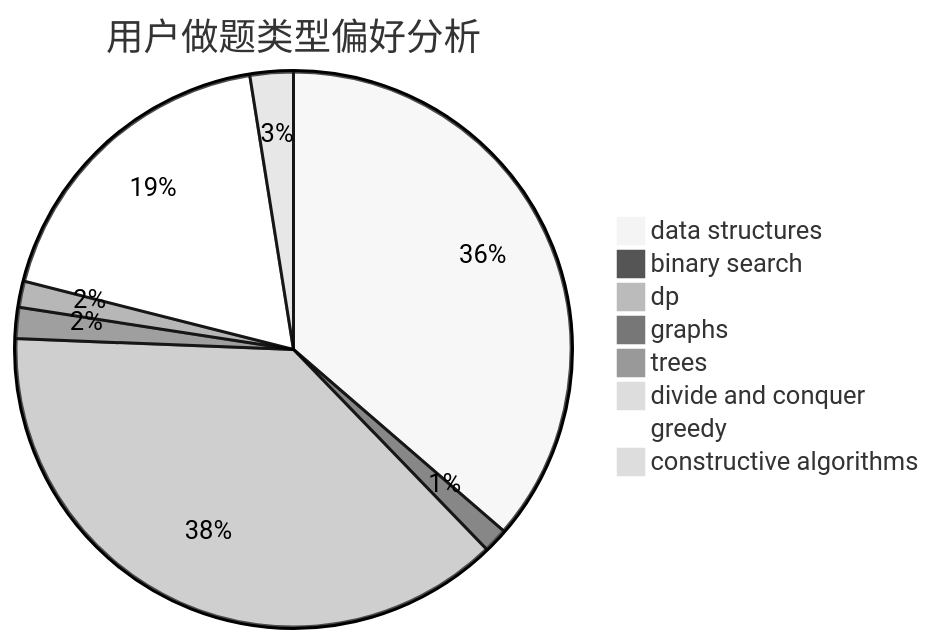
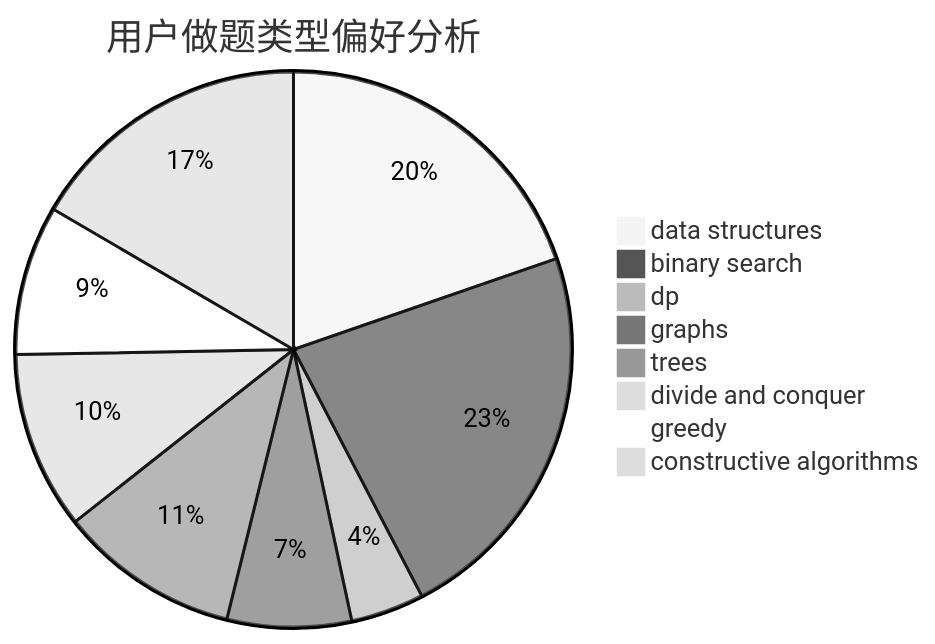
One commit to sherpahu/cfrs.github.io changed the second of 3 diagrams in docs/user/u1550.md. Above: the diagram before and after it, drawn with Mermaid (neutral theme). The commit also changed other lines of this file and 2770 other files, not shown here.

````diff
--- a/docs/user/u1550.md
+++ b/docs/user/u1550.md
@@ -23,11 +23,11 @@
 ```mermaid
 pie title 用户做题类型偏好分析
-    "data structures" :  404
-    "binary search" :  16
-    "dp" :  421
-    "graphs" :  20
-    "trees" :  17
-    "divide and conquer" :  0
-    "greedy" :  206
-    "constructive algorithms" :  28
+    "data structures" :  120
+    "binary search" :  138
+    "dp" :  26
+    "graphs" :  44
+    "trees" :  64
+    "divide and conquer" :  63
+    "greedy" :  53
+    "constructive algorithms" :  101
 ```
````
